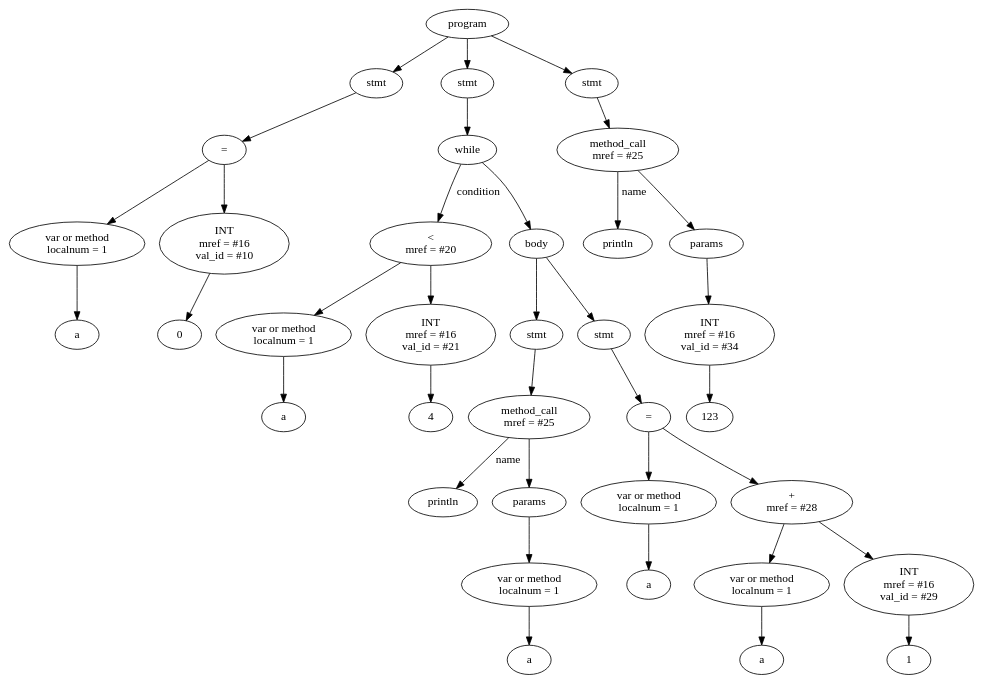
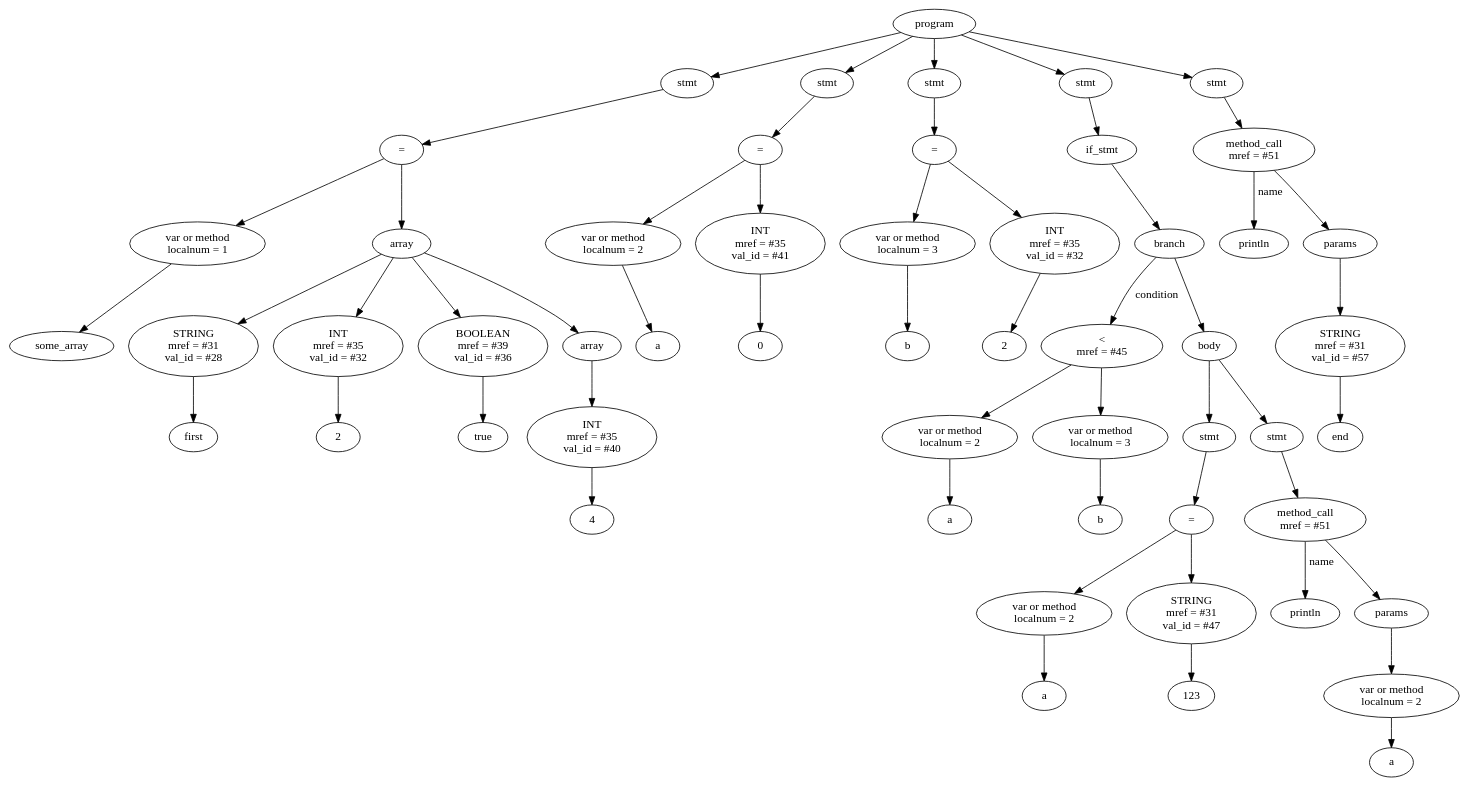
Before and after one commit to vitek999/ruby_compiler: the diagram in RubyCompiler/tree.dot, drawn with Graphviz. The commit also changed 9 other files, not shown here.

```diff
--- a/RubyCompiler/tree.dot
+++ b/RubyCompiler/tree.dot
@@ -1,73 +1,109 @@
 digraph G {
-Id00A553B0 [label="program"]
-Id00A53DB0 [label="stmt"]
-Id00A53D40 [label="="]
-Id00A451E8 [label="var or method\n localnum = 1"]
-IdVal00A451E8 [label="a"]
-Id00A451E8->IdVal00A451E8
-Id00A53CD0 [label="INT\n mref = #16\n val_id = #10"]
-IdVal00A53CD0 [label="0"]
-Id00A53CD0->IdVal00A53CD0
-Id00A53D40->Id00A451E8
-Id00A53D40->Id00A53CD0
-Id00A53DB0->Id00A53D40
-Id00A553B0->Id00A53DB0
-Id00A54138 [label="stmt"]
-Id00A4E0F0 [label="while"]
-Id00A53F10 [label="<\n mref = #20"]
-Id00A53E30 [label="var or method\n localnum = 1"]
-IdVal00A53E30 [label="a"]
-Id00A53E30->IdVal00A53E30
-Id00A53EA0 [label="INT\n mref = #16\n val_id = #21"]
-IdVal00A53EA0 [label="4"]
-Id00A53EA0->IdVal00A53EA0
-Id00A53F10->Id00A53E30
-Id00A53F10->Id00A53EA0
-Id00A4E0F0->Id00A53F10 [label="condition"]
-Id00A4E358 [label="body"]
-Id00A4E0F0->Id00A4E358
-Id00A54408 [label="stmt"]
-Id00A54020 [label="method_call\n mref = #25"]
-IdMethodNameVal00A54020 [label="println"]
-Id00A54020->IdMethodNameVal00A54020 [label="name"]
-Id00A4E630 [label="params"]
-Id00A54020->Id00A4E630
-Id00A53FB0 [label="var or method\n localnum = 1"]
-IdVal00A53FB0 [label="a"]
-Id00A53FB0->IdVal00A53FB0
-Id00A4E630->Id00A53FB0
-Id00A54408->Id00A54020
-Id00A4E358->Id00A54408
-Id00A543B8 [label="stmt"]
-Id00A54AB8 [label="="]
-Id00A548C8 [label="var or method\n localnum = 1"]
-IdVal00A548C8 [label="a"]
-Id00A548C8->IdVal00A548C8
-Id00A54A48 [label="+\n mref = #28"]
-Id00A54968 [label="var or method\n localnum = 1"]
-IdVal00A54968 [label="a"]
-Id00A54968->IdVal00A54968
-Id00A549D8 [label="INT\n mref = #16\n val_id = #29"]
-IdVal00A549D8 [label="1"]
-Id00A549D8->IdVal00A549D8
-Id00A54A48->Id00A54968
-Id00A54A48->Id00A549D8
-Id00A54AB8->Id00A548C8
-Id00A54AB8->Id00A54A48
-Id00A543B8->Id00A54AB8
-Id00A4E358->Id00A543B8
-Id00A54138->Id00A4E0F0
-Id00A553B0->Id00A54138
-Id00A54278 [label="stmt"]
-Id00A54B90 [label="method_call\n mref = #25"]
-IdMethodNameVal00A54B90 [label="println"]
-Id00A54B90->IdMethodNameVal00A54B90 [label="name"]
-Id00A4E160 [label="params"]
-Id00A54B90->Id00A4E160
-Id00A54DC0 [label="INT\n mref = #16\n val_id = #34"]
-IdVal00A54DC0 [label="123"]
-Id00A54DC0->IdVal00A54DC0
-Id00A4E160->Id00A54DC0
-Id00A54278->Id00A54B90
-Id00A553B0->Id00A54278
+Id016D5540 [label="program"]
+Id016D3FE0 [label="stmt"]
+Id016D3F70 [label="="]
+Id016C51E8 [label="var or method\n localnum = 1"]
+IdVal016C51E8 [label="some_array"]
+Id016C51E8->IdVal016C51E8
+Id016D3F00 [label = "array"]
+Id016D3CD0 [label="STRING\n mref = #31\n val_id = #28"]
+IdVal016D3CD0 [label="first"]
+Id016D3CD0->IdVal016D3CD0
+Id016D3F00->Id016D3CD0
+Id016D3D40 [label="INT\n mref = #35\n val_id = #32"]
+IdVal016D3D40 [label="2"]
+Id016D3D40->IdVal016D3D40
+Id016D3F00->Id016D3D40
+Id016D3DB0 [label="BOOLEAN\n mref = #39\n val_id = #36"]
+IdVal016D3DB0 [label="true"]
+Id016D3DB0->IdVal016D3DB0
+Id016D3F00->Id016D3DB0
+Id016D3E90 [label = "array"]
+Id016D3E20 [label="INT\n mref = #35\n val_id = #40"]
+IdVal016D3E20 [label="4"]
+Id016D3E20->IdVal016D3E20
+Id016D3E90->Id016D3E20
+Id016D3F00->Id016D3E90
+Id016D3F70->Id016C51E8
+Id016D3F70->Id016D3F00
+Id016D3FE0->Id016D3F70
+Id016D5540->Id016D3FE0
+Id016D4588 [label="stmt"]
+Id016D4150 [label="="]
+Id016D4070 [label="var or method\n localnum = 2"]
+IdVal016D4070 [label="a"]
+Id016D4070->IdVal016D4070
+Id016D40E0 [label="INT\n mref = #35\n val_id = #41"]
+IdVal016D40E0 [label="0"]
+Id016D40E0->IdVal016D40E0
+Id016D4150->Id016D4070
+Id016D4150->Id016D40E0
+Id016D4588->Id016D4150
+Id016D5540->Id016D4588
+Id016D4498 [label="stmt"]
+Id016D5240 [label="="]
+Id016D4A38 [label="var or method\n localnum = 3"]
+IdVal016D4A38 [label="b"]
+Id016D4A38->IdVal016D4A38
+Id016D4AA8 [label="INT\n mref = #35\n val_id = #32"]
+IdVal016D4AA8 [label="2"]
+Id016D4AA8->IdVal016D4AA8
+Id016D5240->Id016D4A38
+Id016D5240->Id016D4AA8
+Id016D4498->Id016D5240
+Id016D5540->Id016D4498
+Id016D4448 [label="stmt"]
+Id016D5450 [label="if_stmt"]
+Id016CDFA0 [label="branch"]
+Id016D51D0 [label="<\n mref = #45"]
+Id016D4D00 [label="var or method\n localnum = 2"]
+IdVal016D4D00 [label="a"]
+Id016D4D00->IdVal016D4D00
+Id016D4C90 [label="var or method\n localnum = 3"]
+IdVal016D4C90 [label="b"]
+Id016D4C90->IdVal016D4C90
+Id016D51D0->Id016D4D00
+Id016D51D0->Id016D4C90
+Id016CDFA0->Id016D51D0  [label="condition"]
+IdBody016CDFA0 [label="body"]
+Id016D4678 [label="stmt"]
+Id016D4D70 [label="="]
+Id016D52B0 [label="var or method\n localnum = 2"]
+IdVal016D52B0 [label="a"]
+Id016D52B0->IdVal016D52B0
+Id016D4B40 [label="STRING\n mref = #31\n val_id = #47"]
+IdVal016D4B40 [label="123"]
+Id016D4B40->IdVal016D4B40
+Id016D4D70->Id016D52B0
+Id016D4D70->Id016D4B40
+Id016D4678->Id016D4D70
+IdBody016CDFA0->Id016D4678
+Id016D43A8 [label="stmt"]
+Id016D4E50 [label="method_call\n mref = #51"]
+IdMethodNameVal016D4E50 [label="println"]
+Id016D4E50->IdMethodNameVal016D4E50 [label="name"]
+Id016CE400 [label="params"]
+Id016D4E50->Id016CE400
+Id016D4DE0 [label="var or method\n localnum = 2"]
+IdVal016D4DE0 [label="a"]
+Id016D4DE0->IdVal016D4DE0
+Id016CE400->Id016D4DE0
+Id016D43A8->Id016D4E50
+IdBody016CDFA0->Id016D43A8
+Id016CDFA0->IdBody016CDFA0
+Id016D5450->Id016CDFA0
+Id016D4448->Id016D5450
+Id016D5540->Id016D4448
+Id016D4308 [label="stmt"]
+Id016D4F30 [label="method_call\n mref = #51"]
+IdMethodNameVal016D4F30 [label="println"]
+Id016D4F30->IdMethodNameVal016D4F30 [label="name"]
+Id016CE588 [label="params"]
+Id016D4F30->Id016CE588
+Id016D4EC0 [label="STRING\n mref = #31\n val_id = #57"]
+IdVal016D4EC0 [label="end"]
+Id016D4EC0->IdVal016D4EC0
+Id016CE588->Id016D4EC0
+Id016D4308->Id016D4F30
+Id016D5540->Id016D4308
 }
```
